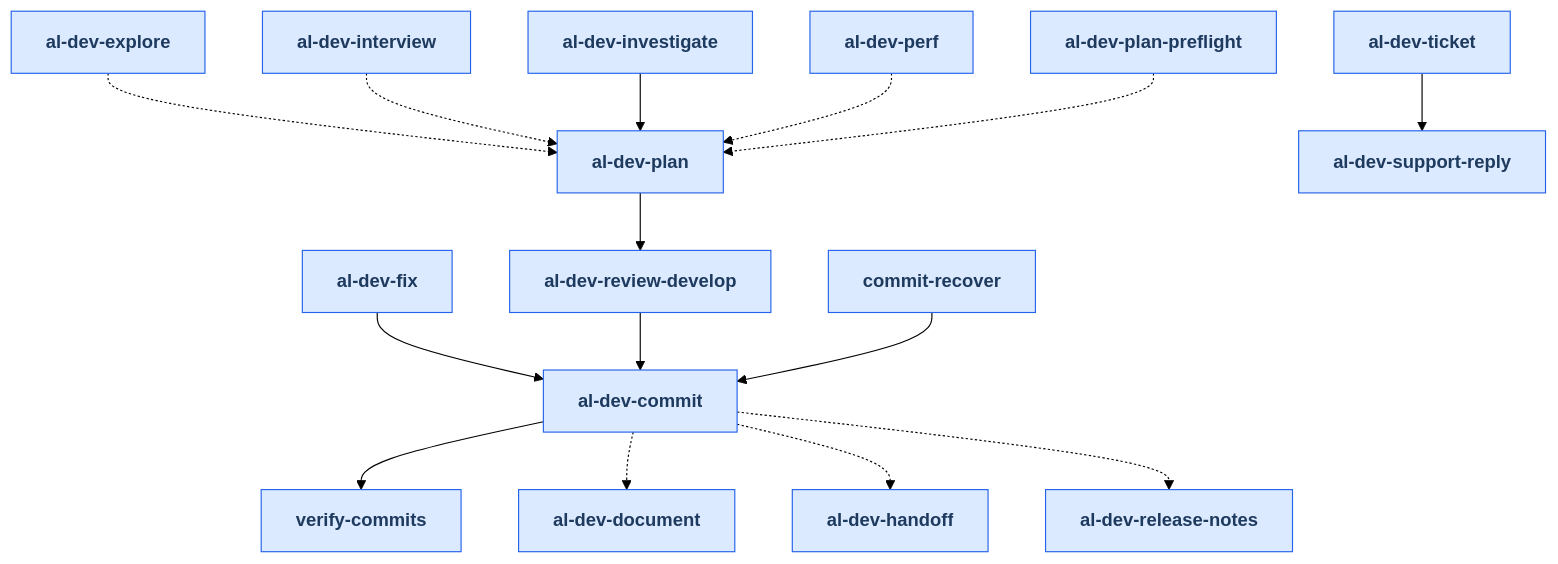
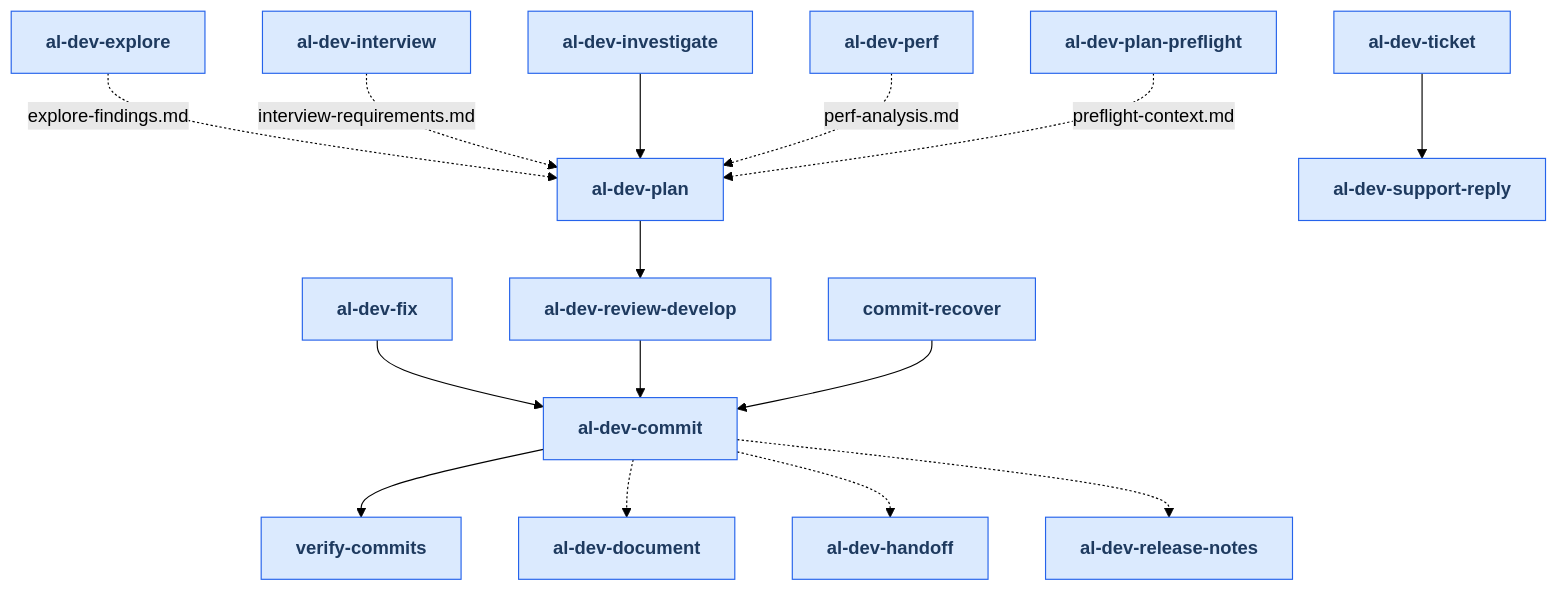
Before and after one commit to russell-laing/al-dev-shared: the first of 25 diagrams in docs/al-dev-skills-map.md, drawn with Mermaid (forest theme). The commit also changed 1 other file, not shown here.

Commit message:
feat(maps): label pre-planning tributary arrows with produced artifact (#920)

````diff
--- a/docs/al-dev-skills-map.md
+++ b/docs/al-dev-skills-map.md
@@ -22,52 +22,52 @@
 ```mermaid
 flowchart TD
     classDef skillNode fill:#dbeafe,stroke:#2563eb,color:#1e3a5f,font-weight:bold
     skill_al_dev_commit[al-dev-commit]
     skill_al_dev_document[al-dev-document]
     skill_al_dev_explore[al-dev-explore]
     skill_al_dev_fix[al-dev-fix]
     skill_al_dev_handoff[al-dev-handoff]
     skill_al_dev_interview[al-dev-interview]
     skill_al_dev_investigate[al-dev-investigate]
     skill_al_dev_perf[al-dev-perf]
     skill_al_dev_plan[al-dev-plan]
     skill_al_dev_plan_preflight[al-dev-plan-preflight]
     skill_al_dev_release_notes[al-dev-release-notes]
     skill_al_dev_review_develop[al-dev-review-develop]
     skill_al_dev_support_reply[al-dev-support-reply]
     skill_al_dev_ticket[al-dev-ticket]
     skill_commit_recover[commit-recover]
     skill_verify_commits[verify-commits]
 
     skill_al_dev_commit --> skill_verify_commits
     skill_al_dev_commit -.-> skill_al_dev_document
     skill_al_dev_commit -.-> skill_al_dev_handoff
     skill_al_dev_commit -.-> skill_al_dev_release_notes
-    skill_al_dev_explore -.-> skill_al_dev_plan
+    skill_al_dev_explore -.-> |explore-findings.md| skill_al_dev_plan
     skill_al_dev_fix --> skill_al_dev_commit
-    skill_al_dev_interview -.-> skill_al_dev_plan
+    skill_al_dev_interview -.-> |interview-requirements.md| skill_al_dev_plan
     skill_al_dev_investigate --> skill_al_dev_plan
-    skill_al_dev_perf -.-> skill_al_dev_plan
+    skill_al_dev_perf -.-> |perf-analysis.md| skill_al_dev_plan
     skill_al_dev_plan --> skill_al_dev_review_develop
-    skill_al_dev_plan_preflight -.-> skill_al_dev_plan
+    skill_al_dev_plan_preflight -.-> |preflight-context.md| skill_al_dev_plan
     skill_al_dev_review_develop --> skill_al_dev_commit
     skill_al_dev_ticket --> skill_al_dev_support_reply
     skill_commit_recover --> skill_al_dev_commit
 
     class skill_al_dev_commit skillNode
     class skill_al_dev_document skillNode
     class skill_al_dev_explore skillNode
     class skill_al_dev_fix skillNode
     class skill_al_dev_handoff skillNode
     class skill_al_dev_interview skillNode
     class skill_al_dev_investigate skillNode
     class skill_al_dev_perf skillNode
     class skill_al_dev_plan skillNode
     class skill_al_dev_plan_preflight skillNode
     class skill_al_dev_release_notes skillNode
     class skill_al_dev_review_develop skillNode
     class skill_al_dev_support_reply skillNode
     class skill_al_dev_ticket skillNode
     class skill_commit_recover skillNode
     class skill_verify_commits skillNode
 ```
````
